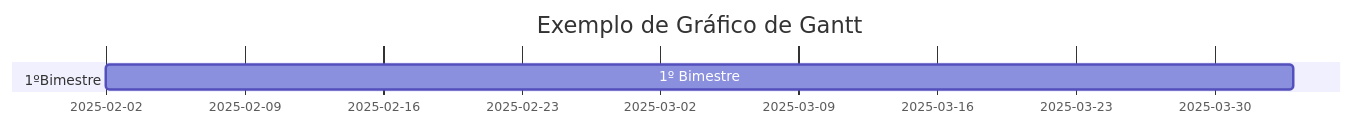
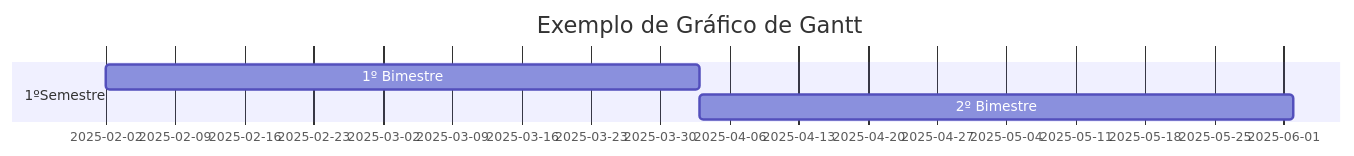
Before and after one commit to bruno-edlp/grafico_de_Gantt: the third of 3 diagrams in README.md, drawn with Mermaid. The commit also changed other lines of this file, not shown here.

````diff
--- a/README.md
+++ b/README.md
@@ -17,8 +17,9 @@
 ```mermaid
 gantt
     title Exemplo de Gráfico de Gantt
     dateFormat YYYY-MM-DD
-    section 1ºBimestre
+    section 1ºSemestre
     1º Bimestre :a1, 2025-02-02, 60d
-    section 2ºBimestre
+    2º Bimestre :a2, after a1, 60d
+    section 2ºSemestre
 ```
````
